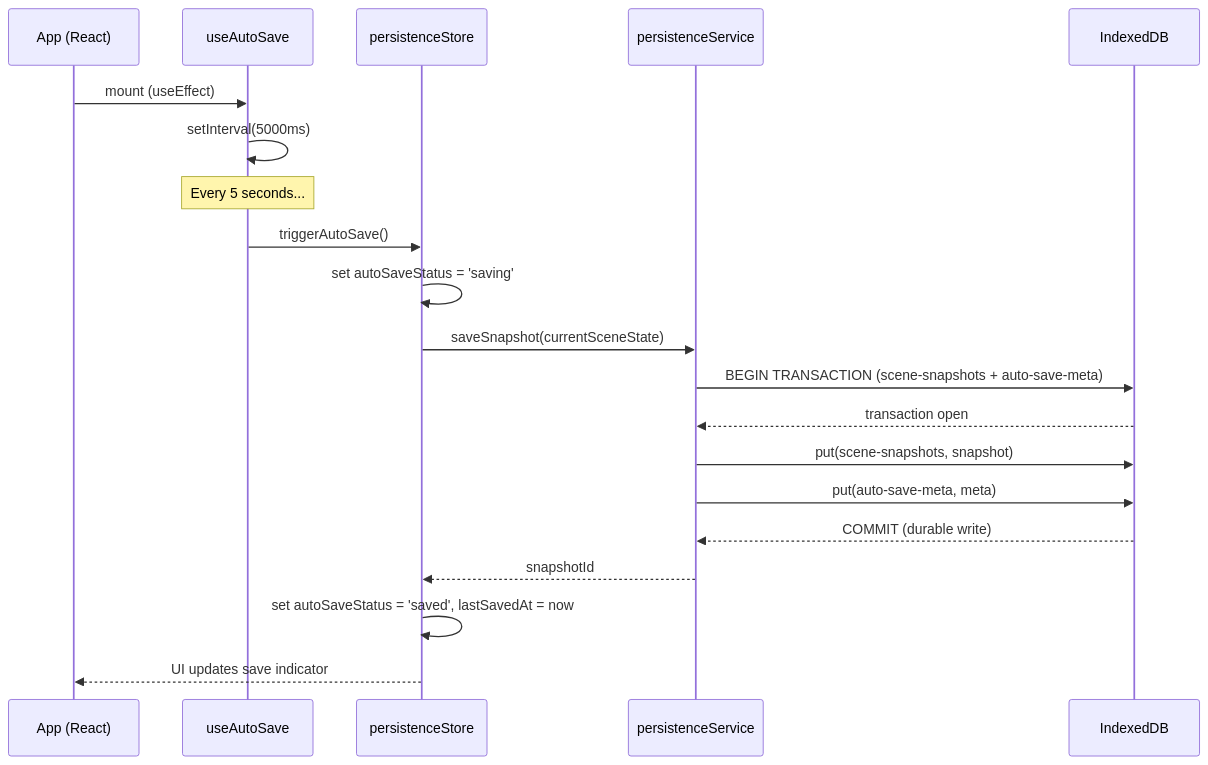
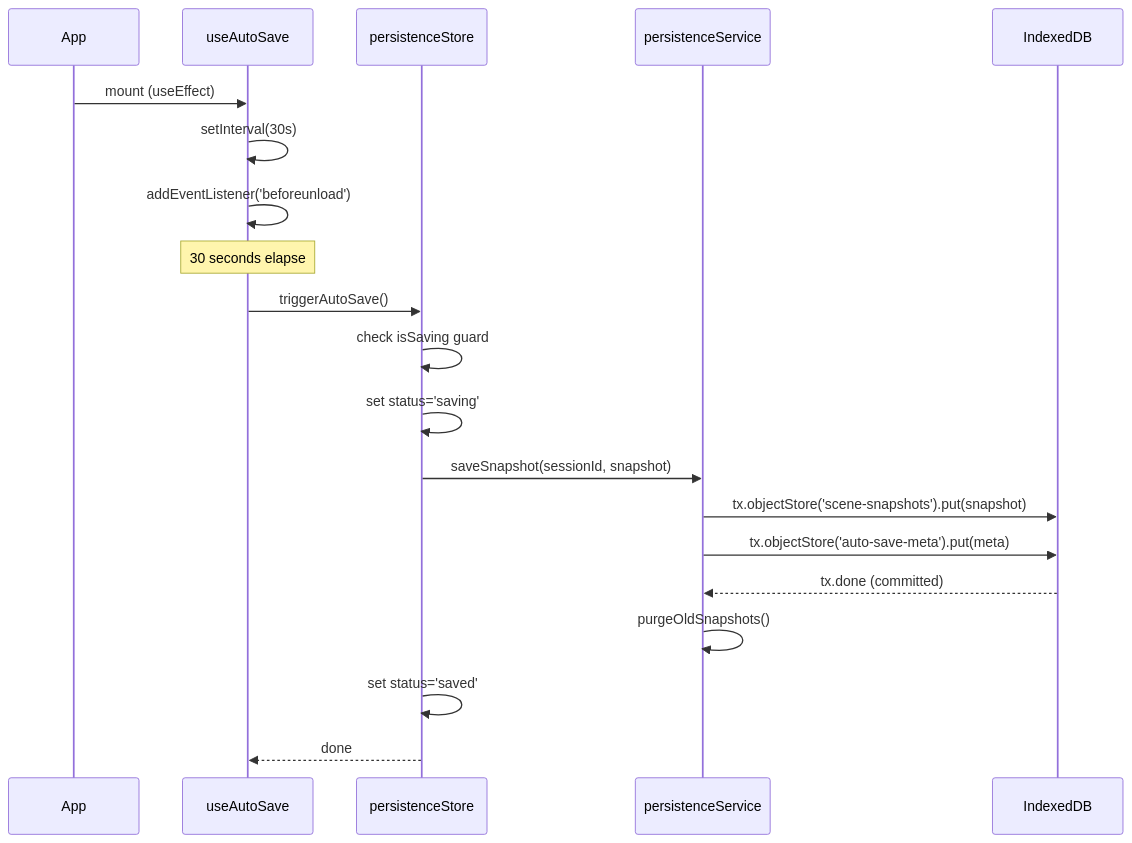
The first of 4 diagrams in docs/features/NFR-REL-001/LOW_LEVEL_DESIGN.md (sreenivasmrpivot/legobuilder), drawn with Mermaid before and after one commit. The commit also changed other lines of this file and 2 other files, not shown here.

First line of the commit message:
docs: LLD v2 for NFR-REL-001 — Ensure auto-saved data survives browser crash with zero data loss

````diff
--- a/docs/features/NFR-REL-001/LOW_LEVEL_DESIGN.md
+++ b/docs/features/NFR-REL-001/LOW_LEVEL_DESIGN.md
@@ -311,23 +259,24 @@
 ```mermaid
 sequenceDiagram
-    participant App as App (React)
-    participant Hook as useAutoSave
-    participant Store as persistenceStore
-    participant Svc as persistenceService
-    participant IDB as IndexedDB
+    participant App
+    participant useAutoSave
+    participant persistenceStore
+    participant persistenceService
+    participant IndexedDB
 
-    App->>Hook: mount (useEffect)
-    Hook->>Hook: setInterval(5000ms)
-    Note over Hook: Every 5 seconds...
-    Hook->>Store: triggerAutoSave()
-    Store->>Store: set autoSaveStatus = 'saving'
-    Store->>Svc: saveSnapshot(currentSceneState)
-    Svc->>IDB: BEGIN TRANSACTION (scene-snapshots + auto-save-meta)
-    IDB-->>Svc: transaction open
-    Svc->>IDB: put(scene-snapshots, snapshot)
-    Svc->>IDB: put(auto-save-meta, meta)
-    IDB-->>Svc: COMMIT (durable write)
-    Svc-->>Store: snapshotId
-    Store->>Store: set autoSaveStatus = 'saved', lastSavedAt = now
-    Store-->>App: UI updates save indicator
+    App->>useAutoSave: mount (useEffect)
+    useAutoSave->>useAutoSave: setInterval(30s)
+    useAutoSave->>useAutoSave: addEventListener('beforeunload')
+
+    Note over useAutoSave: 30 seconds elapse
+    useAutoSave->>persistenceStore: triggerAutoSave()
+    persistenceStore->>persistenceStore: check isSaving guard
+    persistenceStore->>persistenceStore: set status='saving'
+    persistenceStore->>persistenceService: saveSnapshot(sessionId, snapshot)
+    persistenceService->>IndexedDB: tx.objectStore('scene-snapshots').put(snapshot)
+    persistenceService->>IndexedDB: tx.objectStore('auto-save-meta').put(meta)
+    IndexedDB-->>persistenceService: tx.done (committed)
+    persistenceService->>persistenceService: purgeOldSnapshots()
+    persistenceStore->>persistenceStore: set status='saved'
+    persistenceStore-->>useAutoSave: done
 ```
````
